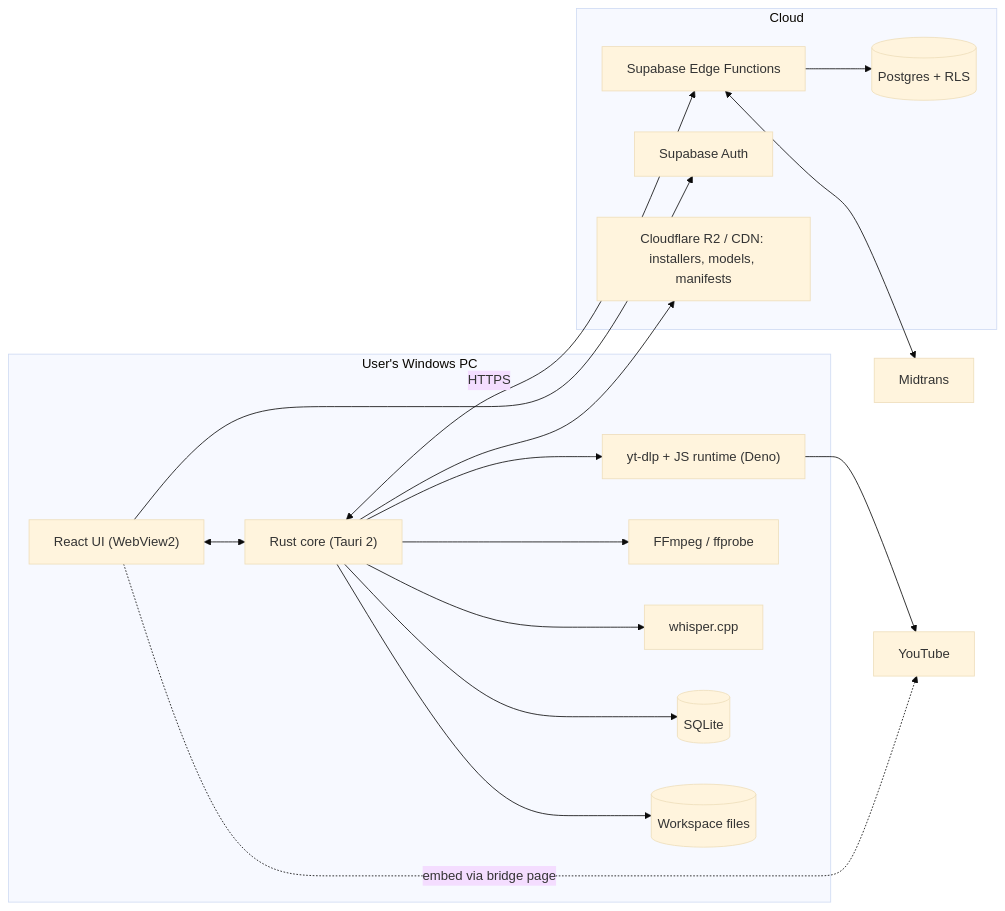
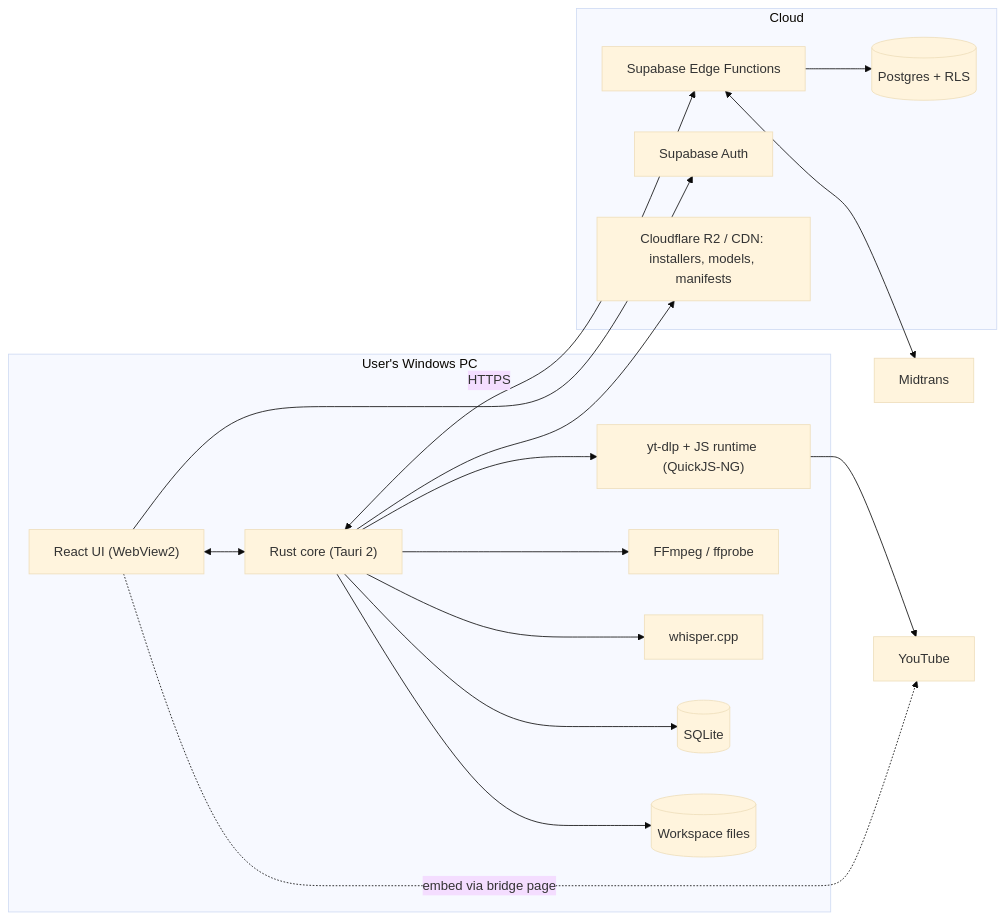
The first of 3 diagrams in docs/ARCHITECTURE.md (mdwipasha/clipper-helper), drawn with Mermaid (base theme) before and after one commit. The commit also changed other lines of this file and 6 other files, not shown here.

Commit message:
docs: add comprehensive documentation for architecture, data model, PRD, roadmap, and S1 benchmarks

````diff
--- a/docs/ARCHITECTURE.md
+++ b/docs/ARCHITECTURE.md
@@ -5,24 +5,24 @@
 ```mermaid
 flowchart LR
   subgraph PC["User's Windows PC"]
     UI["React UI (WebView2)"] <--> CORE["Rust core (Tauri 2)"]
-    CORE --> YTDLP["yt-dlp + JS runtime (Deno)"]
+    CORE --> YTDLP["yt-dlp + JS runtime (QuickJS-NG)"]
     CORE --> FFMPEG["FFmpeg / ffprobe"]
     CORE --> WHISPER["whisper.cpp"]
     CORE --> SQLITE[("SQLite")]
     CORE --> FILES[("Workspace files")]
   end
   subgraph CLOUD["Cloud"]
     EDGE["Supabase Edge Functions"]
     PG[("Postgres + RLS")]
     AUTH["Supabase Auth"]
     CDN["Cloudflare R2 / CDN: installers, models, manifests"]
   end
   CORE <-->|HTTPS| EDGE
   UI --> AUTH
   EDGE --> PG
   CORE --> CDN
   EDGE <--> MID["Midtrans"]
   YTDLP --> YT["YouTube"]
   UI -.->|embed via bridge page| YT
 ```
````
